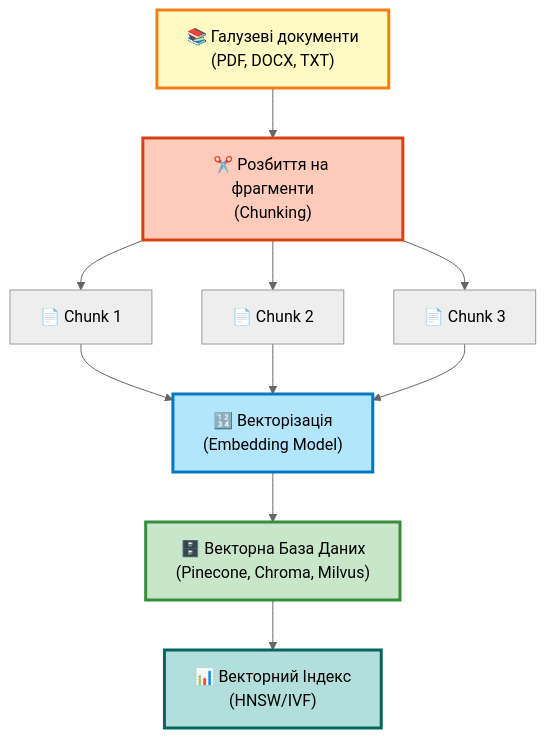
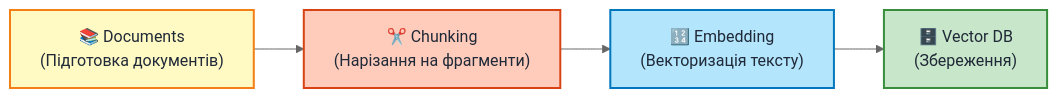
The first of 4 diagrams in docs/presentation/slides.md (bunnybrin/rag-assistant), drawn with Mermaid (neutral theme) before and after one commit. The commit also changed other lines of this file, not shown here.

````diff
--- a/docs/presentation/slides.md
+++ b/docs/presentation/slides.md
@@ -347,18 +347,11 @@
-```mermaid {scale: 0.85}
-graph TB
-    A["📚 Галузеві документи<br/>(PDF, DOCX, TXT)"] --> B["✂️ Розбиття на фрагменти<br/>(Chunking)"]
-    B --> C1["📄 Chunk 1"]
-    B --> C2["📄 Chunk 2"]
-    B --> C3["📄 Chunk 3"]
-    C1 --> D["🔢 Векторізація<br/>(Embedding Model)"]
-    C2 --> D
-    C3 --> D
-    D --> F["🗄️ Векторна База Даних<br/>(Pinecone, Chroma, Milvus)"]
-    F --> G["📊 Векторний Індекс<br/>(HNSW/IVF)"]
+```mermaid {scale: 0.8}
+graph LR
+    A["📚 Documents<br/>(Підготовка документів)"] --> B["✂️ Chunking<br/>(Нарізання на фрагменти)"]
+    B --> D["🔢 Embedding<br/>(Векторизація тексту)"]
+    D --> E["🗄️ Vector DB<br/>(Збереження)"]
 
-    style A fill:#fff9c4,stroke:#f57f17,stroke-width:3px
-    style B fill:#ffccbc,stroke:#d84315,stroke-width:3px
-    style D fill:#b3e5fc,stroke:#0277bd,stroke-width:3px
-    style F fill:#c8e6c9,stroke:#388e3c,stroke-width:3px
-    style G fill:#b2dfdb,stroke:#00695c,stroke-width:3px
+    style A fill:#fff9c4,stroke:#f57f17,stroke-width:2px,color:#1f2937
+    style B fill:#ffccbc,stroke:#d84315,stroke-width:2px,color:#1f2937
+    style D fill:#b3e5fc,stroke:#0277bd,stroke-width:2px,color:#1f2937
+    style E fill:#c8e6c9,stroke:#388e3c,stroke-width:2px,color:#1f2937
 ```
````
